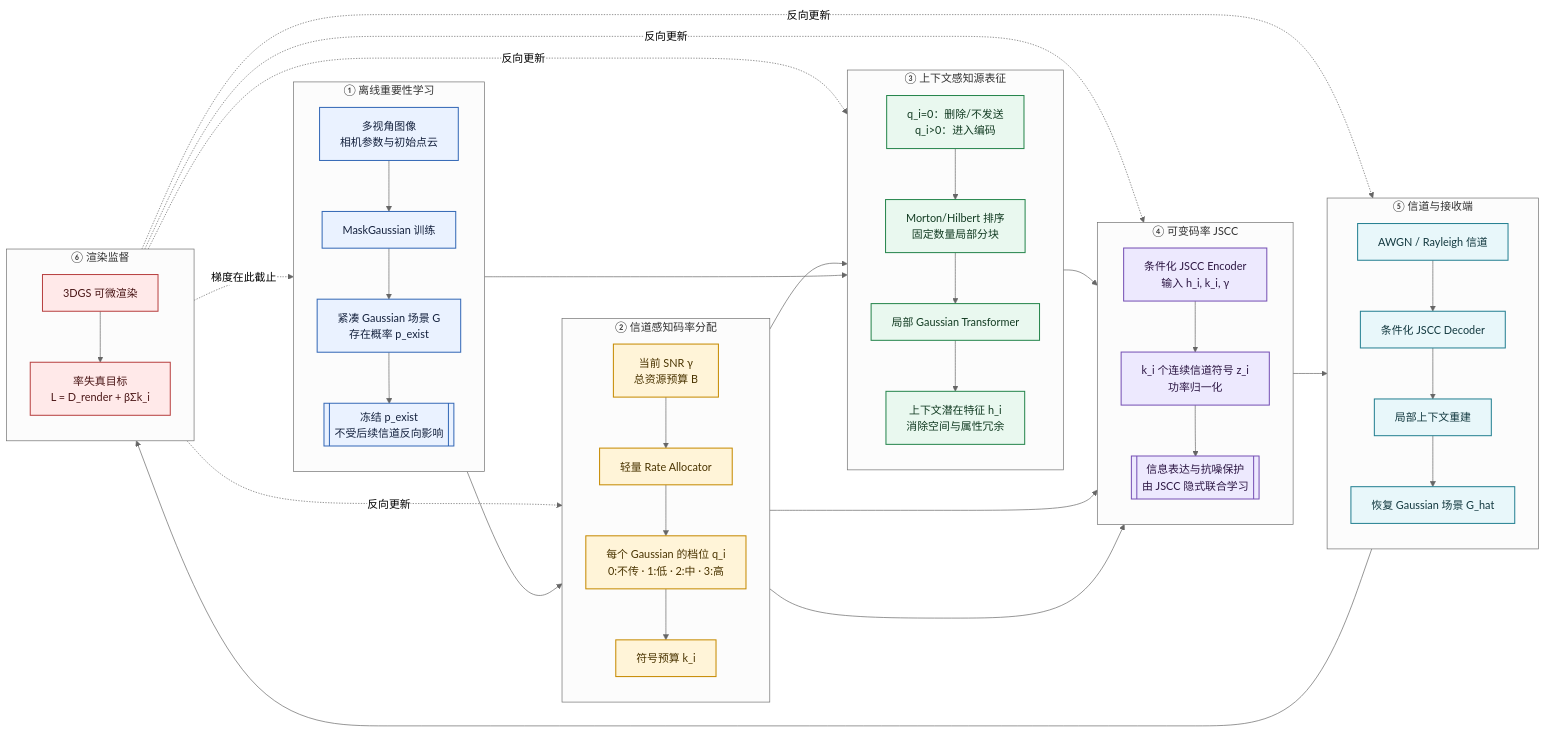
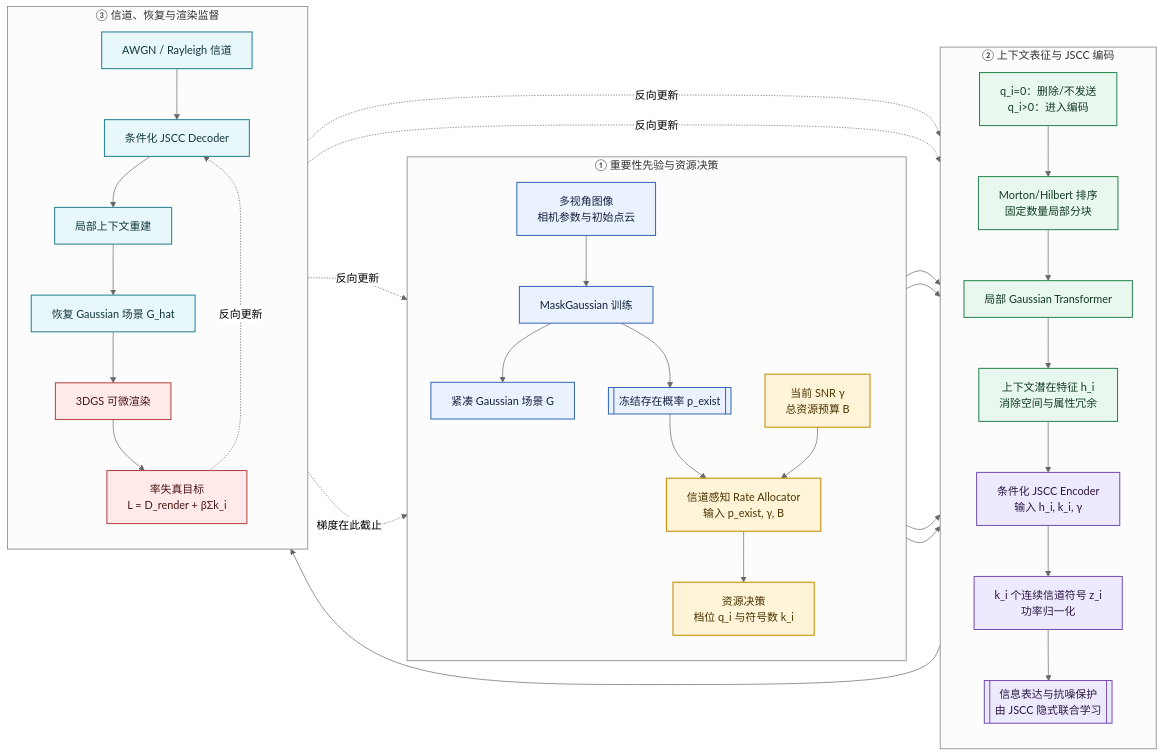
Before and after one commit to Primal555/3dgs-importance: the first of 3 diagrams in docs/gaussian_jscc_route_flowcharts.md, drawn with Mermaid (neutral theme).

Commit message:
Add MaskGaussian JSCC route flowcharts

````diff
--- a/docs/gaussian_jscc_route_flowcharts.md
+++ b/docs/gaussian_jscc_route_flowcharts.md
@@ -18,81 +18,68 @@
 ```mermaid
 flowchart LR
-    subgraph S1[① 离线重要性学习]
+    subgraph S1[① 重要性先验与资源决策]
         direction TB
         A0[多视角图像<br/>相机参数与初始点云]
         A1[MaskGaussian 训练]
-        A2[紧凑 Gaussian 场景 G<br/>存在概率 p_exist]
-        A3[[冻结 p_exist<br/>不受后续信道反向影响]]
-        A0 --> A1 --> A2 --> A3
+        A2[紧凑 Gaussian 场景 G]
+        A3[[冻结存在概率 p_exist]]
+        B0[当前 SNR γ<br/>总资源预算 B]
+        B1[信道感知 Rate Allocator<br/>输入 p_exist, γ, B]
+        B2[资源决策<br/>档位 q_i 与符号数 k_i]
+        A0 --> A1
+        A1 --> A2
+        A1 --> A3
+        A3 --> B1
+        B0 --> B1 --> B2
     end
 
-    subgraph S2[② 信道感知码率分配]
-        direction TB
-        B0[当前 SNR γ<br/>总资源预算 B]
-        B1[轻量 Rate Allocator]
-        B2[每个 Gaussian 的档位 q_i<br/>0:不传 · 1:低 · 2:中 · 3:高]
-        B3[符号预算 k_i]
-        B0 --> B1 --> B2 --> B3
-    end
-
-    subgraph S3[③ 上下文感知源表征]
+    subgraph S2[② 上下文表征与 JSCC 编码]
         direction TB
         C0[q_i=0：删除/不发送<br/>q_i>0：进入编码]
         C1[Morton/Hilbert 排序<br/>固定数量局部分块]
         C2[局部 Gaussian Transformer]
         C3[上下文潜在特征 h_i<br/>消除空间与属性冗余]
-        C0 --> C1 --> C2 --> C3
-    end
-
-    subgraph S4[④ 可变码率 JSCC]
-        direction TB
         D0[条件化 JSCC Encoder<br/>输入 h_i, k_i, γ]
         D1[k_i 个连续信道符号 z_i<br/>功率归一化]
         D2[[信息表达与抗噪保护<br/>由 JSCC 隐式联合学习]]
+        C0 --> C1 --> C2 --> C3
         D0 --> D1 --> D2
+        C3 --> D0
     end
 
-    subgraph S5[⑤ 信道与接收端]
+    subgraph S3[③ 信道、恢复与渲染监督]
         direction TB
         E0[AWGN / Rayleigh 信道]
         E1[条件化 JSCC Decoder]
         E2[局部上下文重建]
         E3[恢复 Gaussian 场景 G_hat]
-        E0 --> E1 --> E2 --> E3
+        F0[3DGS 可微渲染]
+        F1[率失真目标<br/>L = D_render + βΣk_i]
+        E0 --> E1 --> E2 --> E3 --> F0 --> F1
     end
 
-    subgraph S6[⑥ 渲染监督]
-        direction TB
-        F0[3DGS 可微渲染]
-        F1[率失真目标<br/>L = D_render + βΣk_i]
-        F0 --> F1
-    end
-
-    A3 --> B1
     A2 --> C0
     B2 --> C0
-    B3 --> D0
+    B2 --> D0
     B0 --> D0
-    C3 --> D0
     D2 --> E0
-    E3 --> F0
 
     F1 -.反向更新.-> E1
     F1 -.反向更新.-> D0
     F1 -.反向更新.-> C2
     F1 -.反向更新.-> B1
     F1 -.梯度在此截止.-> A3
 
     classDef source fill:#EAF2FF,stroke:#3569B7,color:#14213D,stroke-width:1.5px;
     classDef rate fill:#FFF4D8,stroke:#C68A00,color:#4A3400,stroke-width:1.5px;
     classDef context fill:#E9F8EF,stroke:#27864D,color:#123B22,stroke-width:1.5px;
     classDef jscc fill:#EDE9FE,stroke:#7650B5,color:#2D1744,stroke-width:1.5px;
     classDef channel fill:#E8F7FA,stroke:#258092,color:#12383F,stroke-width:1.5px;
     classDef loss fill:#FFE9E9,stroke:#B84242,color:#4A1616,stroke-width:1.5px;
     class A0,A1,A2,A3 source;
-    class B0,B1,B2,B3 rate;
+    class B0,B1,B2 rate;
     class C0,C1,C2,C3 context;
     class D0,D1,D2 jscc;
     class E0,E1,E2,E3 channel;
     class F0,F1 loss;
 ```
````
